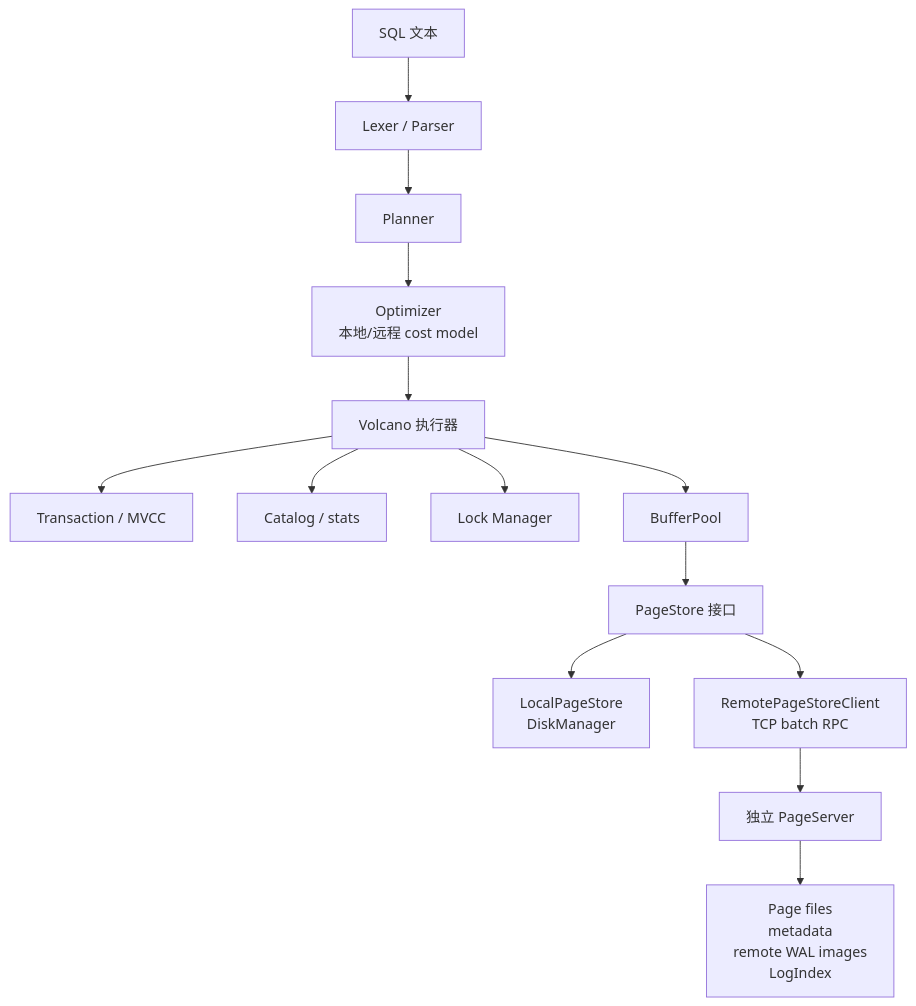
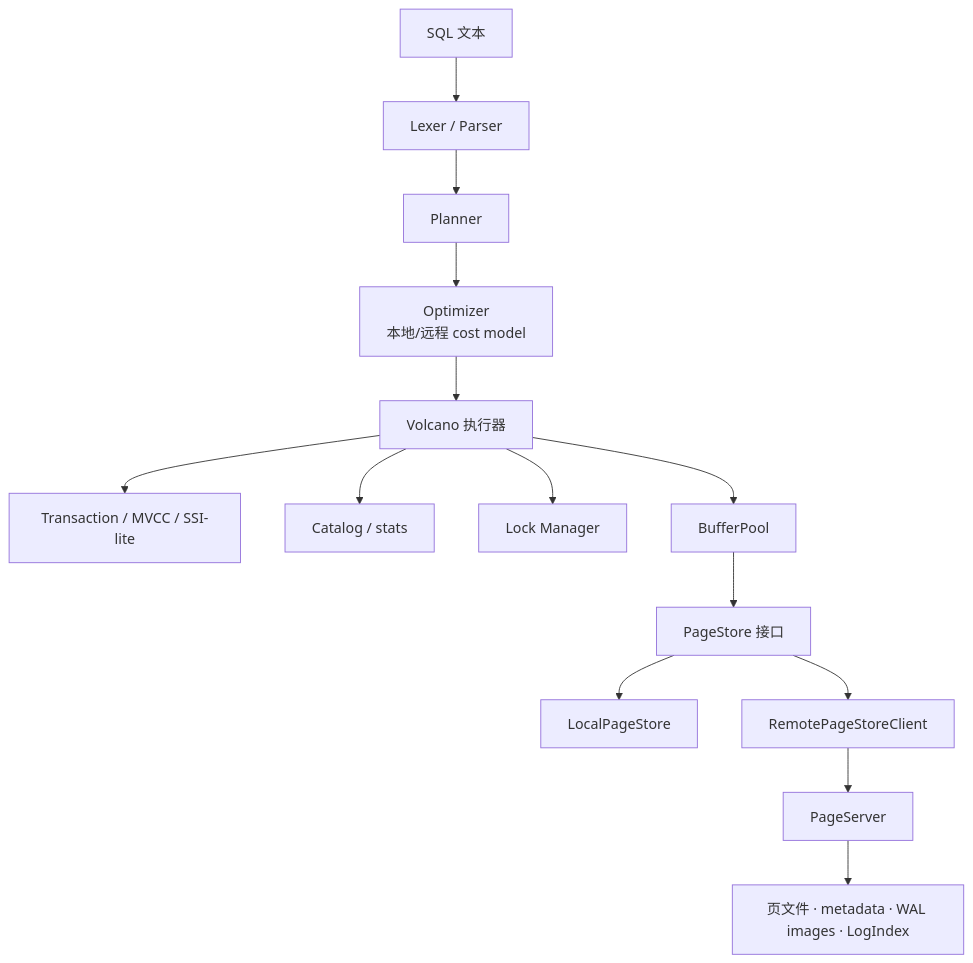
The diagram in README.zh-CN.md (W1412X/minidb), drawn with Mermaid before and after one commit. The commit also changed other lines of this file and 1 other file, not shown here.

````diff
--- a/README.zh-CN.md
+++ b/README.zh-CN.md
@@ -333,16 +347,16 @@
 ```mermaid
 flowchart TD
     SQL["SQL 文本"] --> Parser["Lexer / Parser"]
     Parser --> Planner["Planner"]
     Planner --> Optimizer["Optimizer<br/>本地/远程 cost model"]
     Optimizer --> Executor["Volcano 执行器"]
-    Executor --> Txn["Transaction / MVCC"]
+    Executor --> Txn["Transaction / MVCC / SSI-lite"]
     Executor --> Catalog["Catalog / stats"]
     Executor --> Locks["Lock Manager"]
     Executor --> Buffer["BufferPool"]
     Buffer --> PageStore["PageStore 接口"]
-    PageStore --> Local["LocalPageStore<br/>DiskManager"]
-    PageStore --> Client["RemotePageStoreClient<br/>TCP batch RPC"]
-    Client --> PS["独立 PageServer"]
-    PS --> PSData["Page files<br/>metadata<br/>remote WAL images<br/>LogIndex"]
+    PageStore --> Local["LocalPageStore"]
+    PageStore --> Client["RemotePageStoreClient"]
+    Client --> PS["PageServer"]
+    PS --> PSData["页文件 · metadata · WAL images · LogIndex"]
 ```
````
